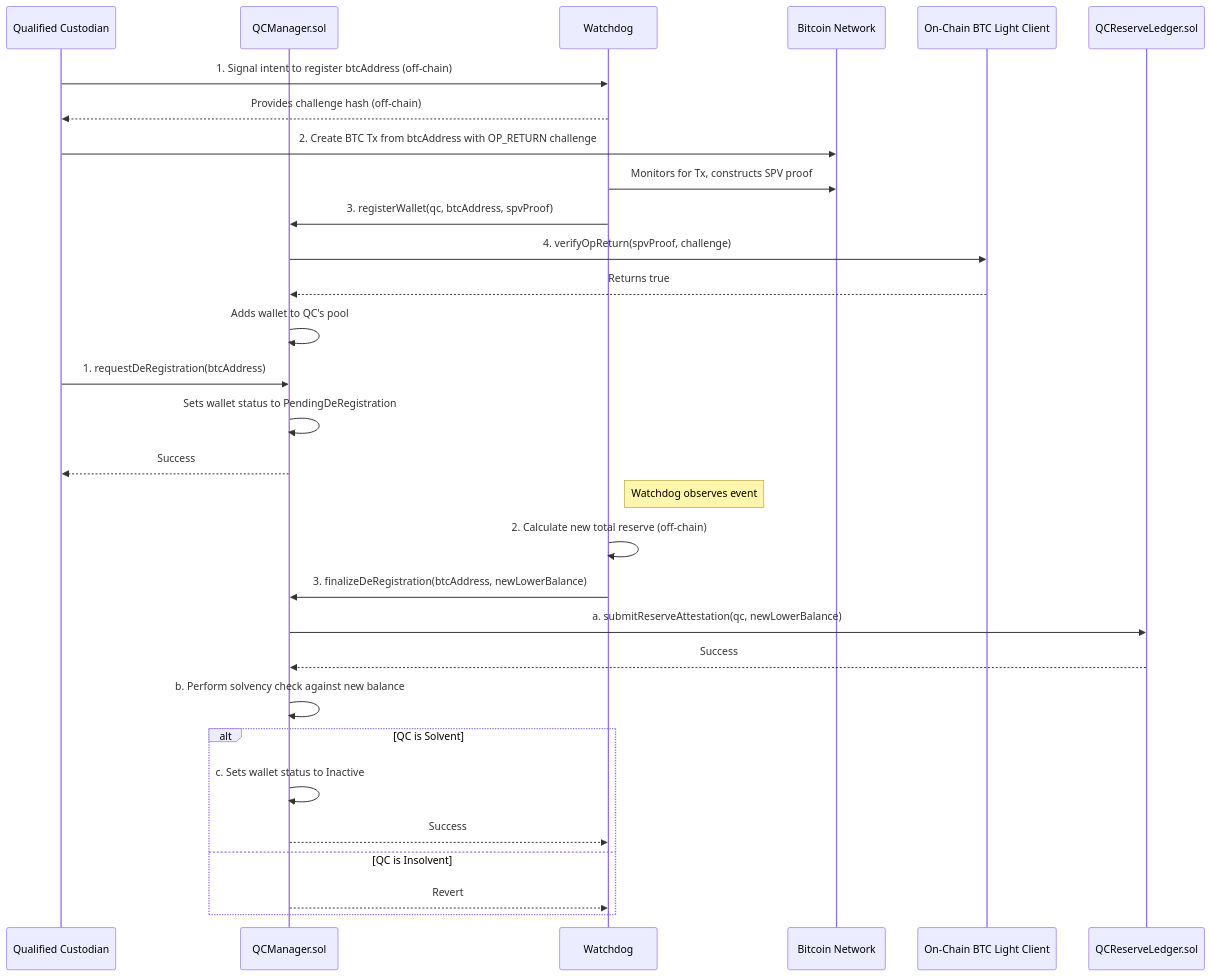
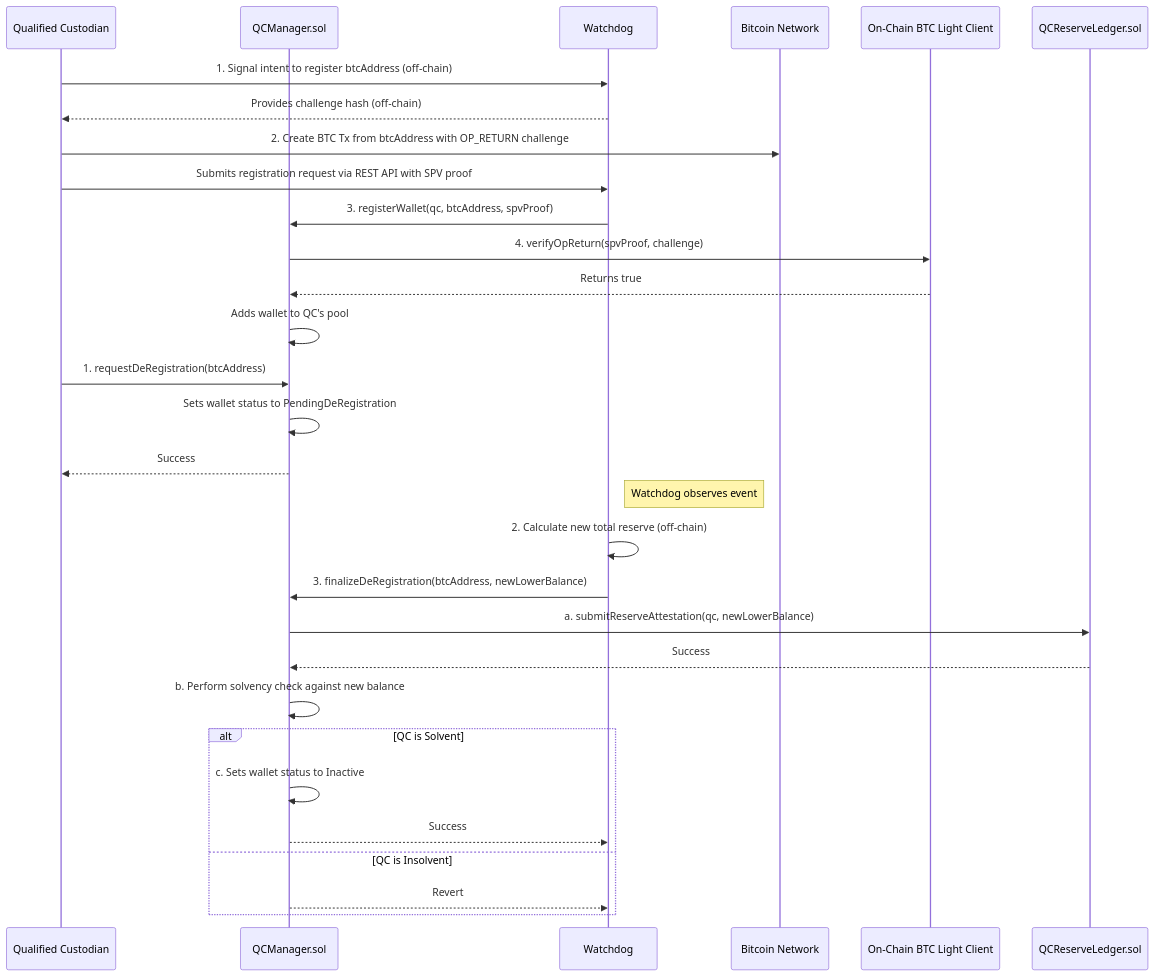
Before and after one commit to tlabs-xyz/tbtc-v2: the second of 4 diagrams in solidity/prd/ARCHITECTURE.md, drawn with Mermaid. The commit also changed other lines of this file and 7 other files, not shown here.

````diff
--- a/solidity/prd/ARCHITECTURE.md
+++ b/solidity/prd/ARCHITECTURE.md
@@ -367,39 +368,39 @@
 ```mermaid
 sequenceDiagram
     participant QC as Qualified Custodian
     participant Manager as QCManager.sol
     participant Watchdog as Watchdog
     participant BTCNet as Bitcoin Network
     participant BTCClient as On-Chain BTC Light Client
     participant Ledger as QCReserveLedger.sol
 
     %% Registration
     QC->>Watchdog: 1. Signal intent to register btcAddress (off-chain)
     Watchdog-->>QC: Provides challenge hash (off-chain)
     QC->>BTCNet: 2. Create BTC Tx from btcAddress with OP_RETURN challenge
-    Watchdog->>BTCNet: Monitors for Tx, constructs SPV proof
+    QC->>Watchdog: Submits registration request via REST API with SPV proof
     Watchdog->>Manager: 3. registerWallet(qc, btcAddress, spvProof)
     Manager->>BTCClient: 4. verifyOpReturn(spvProof, challenge)
     BTCClient-->>Manager: Returns true
     Manager->>Manager: Adds wallet to QC's pool
 
     %% Hardened De-registration Flow
     QC->>Manager: 1. requestDeRegistration(btcAddress)
     Manager->>Manager: Sets wallet status to PendingDeRegistration
     Manager-->>QC: Success
     note right of Watchdog: Watchdog observes event
 
     Watchdog->>Watchdog: 2. Calculate new total reserve (off-chain)
     Watchdog->>Manager: 3. finalizeDeRegistration(btcAddress, newLowerBalance)
 
     Manager->>Ledger: a. submitReserveAttestation(qc, newLowerBalance)
     Ledger-->>Manager: Success
 
     Manager->>Manager: b. Perform solvency check against new balance
     alt QC is Solvent
         Manager->>Manager: c. Sets wallet status to Inactive
         Manager-->>Watchdog: Success
     else QC is Insolvent
         Manager-->>Watchdog: Revert
     end
 ```
````
